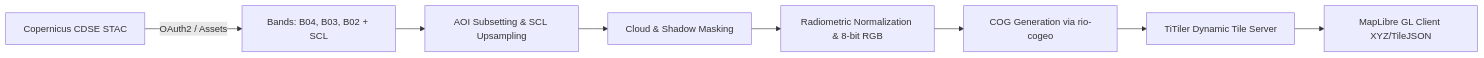
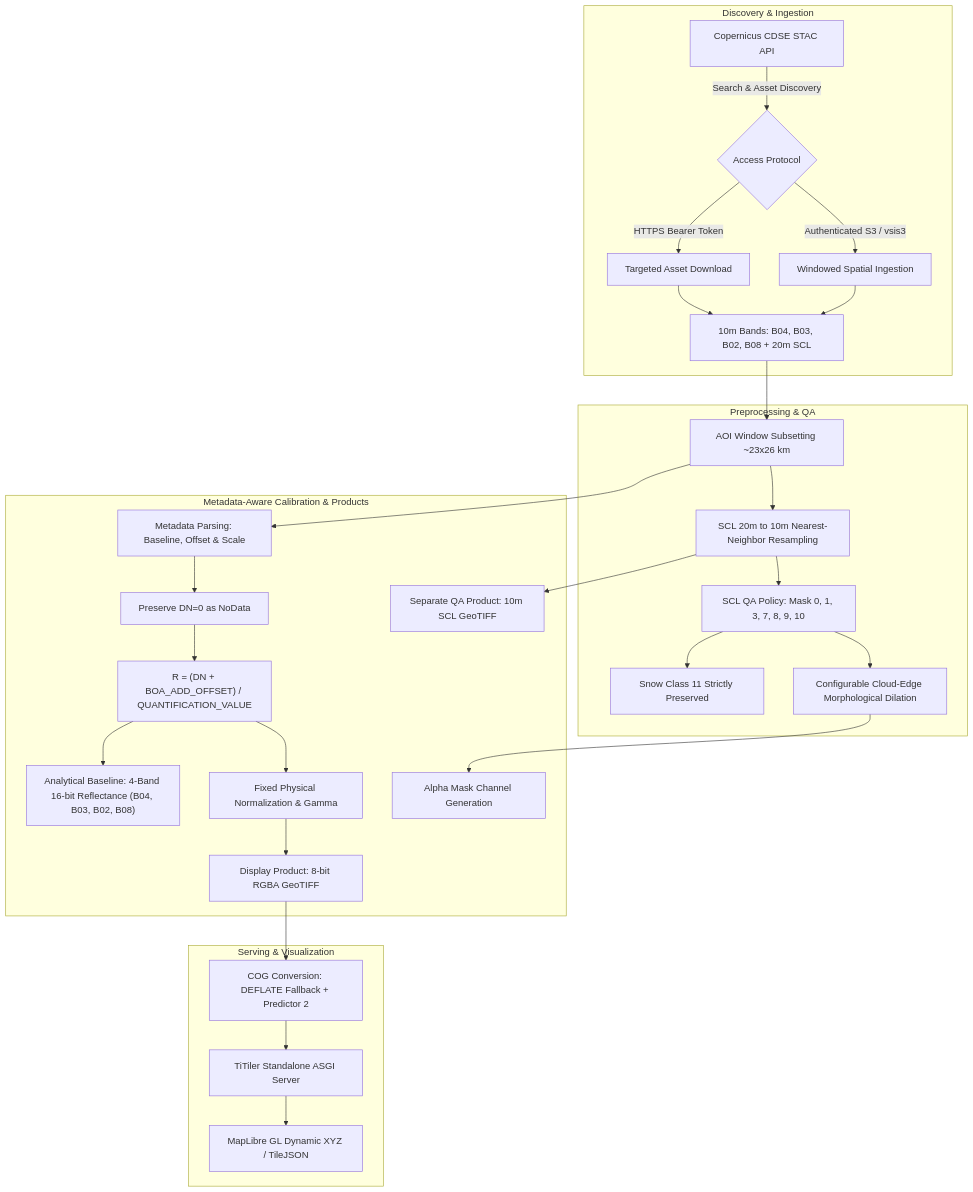
One commit to vanshshah37/MemoryLane-Satellite changed the diagram in docs/architecture.md. Above: the diagram before and after it, drawn with Mermaid. The commit also changed other lines of this file and 8 other files, not shown here.

````diff
--- a/docs/architecture.md
+++ b/docs/architecture.md
@@ -9,10 +9,35 @@
 ```mermaid
-flowchart LR
-    A[Copernicus CDSE STAC] -->|OAuth2 / Assets| B[Bands: B04, B03, B02 + SCL]
-    B --> C[AOI Subsetting & SCL Upsampling]
-    C --> D[Cloud & Shadow Masking]
-    D --> E[Radiometric Normalization & 8-bit RGB]
-    E --> F[COG Generation via rio-cogeo]
-    F --> G[TiTiler Dynamic Tile Server]
-    G --> H[MapLibre GL Client XYZ/TileJSON]
+flowchart TD
+    subgraph Discovery & Ingestion
+        A[Copernicus CDSE STAC API] -->|Search & Asset Discovery| B{Access Protocol}
+        B -->|HTTPS Bearer Token| C1[Targeted Asset Download]
+        B -->|Authenticated S3 / vsis3| C2[Windowed Spatial Ingestion]
+        C1 --> D[10m Bands: B04, B03, B02, B08 + 20m SCL]
+        C2 --> D
+    end
+
+    subgraph Preprocessing & QA
+        D --> E[AOI Window Subsetting ~23x26 km]
+        E --> F[SCL 20m to 10m Nearest-Neighbor Resampling]
+        F --> G[SCL QA Policy: Mask 0, 1, 3, 7, 8, 9, 10]
+        G --> H[Snow Class 11 Strictly Preserved]
+        G --> I[Configurable Cloud-Edge Morphological Dilation]
+    end
+
+    subgraph Metadata-Aware Calibration & Products
+        E --> J[Metadata Parsing: Baseline, Offset & Scale]
+        J --> K[Preserve DN=0 as NoData]
+        K --> L["R = (DN + BOA_ADD_OFFSET) / QUANTIFICATION_VALUE"]
+        L --> M1["Analytical Baseline: 4-Band 16-bit Reflectance (B04, B03, B02, B08)"]
+        F --> M2["Separate QA Product: 10m SCL GeoTIFF"]
+        L --> N[Fixed Physical Normalization & Gamma]
+        I --> O[Alpha Mask Channel Generation]
+        N --> P[Display Product: 8-bit RGBA GeoTIFF]
+    end
+
+    subgraph Serving & Visualization
+        P --> Q[COG Conversion: DEFLATE Fallback + Predictor 2]
+        Q --> R[TiTiler Standalone ASGI Server]
+        R --> S[MapLibre GL Dynamic XYZ / TileJSON]
+    end
 ```
````
